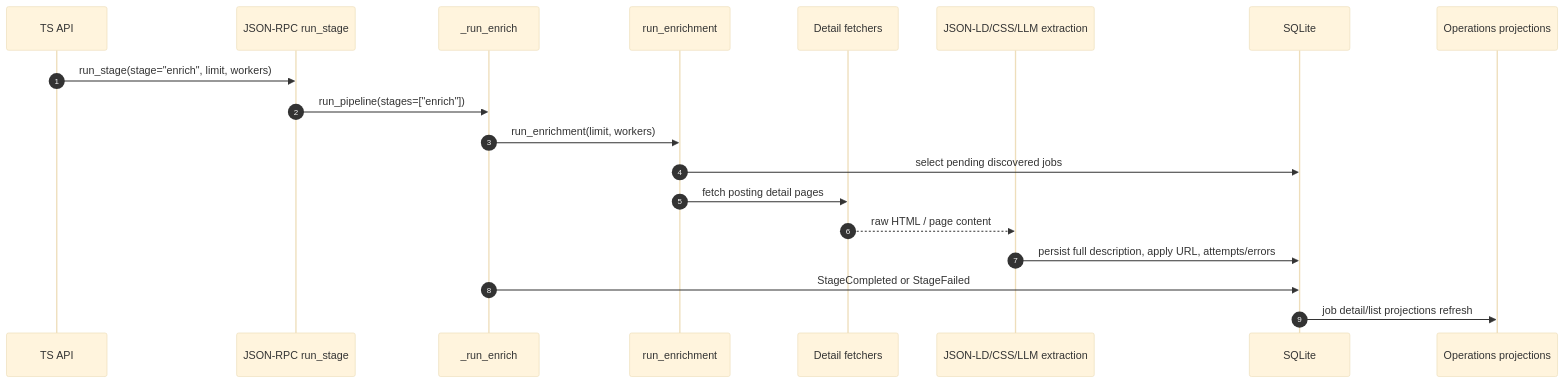
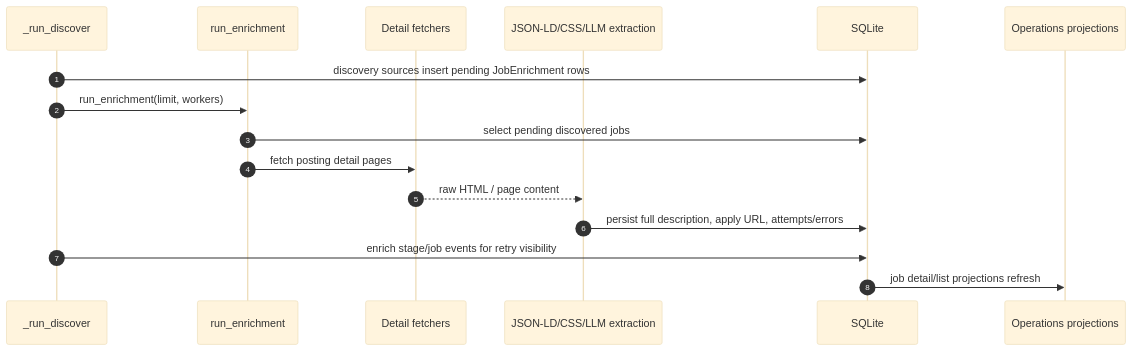
The fifth of 15 diagrams in docs/job-pipeline-architecture.md (ebarti/JobCtrl), drawn with Mermaid (base theme) before and after one commit. The commit also changed other lines of this file and 12 other files, not shown here.

Commit message:
feat: fold enrichment into discovery pipeline

````diff
--- a/docs/job-pipeline-architecture.md
+++ b/docs/job-pipeline-architecture.md
@@ -386,22 +398,19 @@
 ```mermaid
 sequenceDiagram
     autonumber
-    participant Api as TS API
-    participant Rpc as JSON-RPC run_stage
-    participant Runner as _run_enrich
+    participant Runner as _run_discover
     participant Detail as run_enrichment
     participant Fetcher as Detail fetchers
     participant Extractor as JSON-LD/CSS/LLM extraction
     participant DB as SQLite
     participant Ops as Operations projections
 
-    Api->>Rpc: run_stage(stage="enrich", limit, workers)
-    Rpc->>Runner: run_pipeline(stages=["enrich"])
+    Runner->>DB: discovery sources insert pending JobEnrichment rows
     Runner->>Detail: run_enrichment(limit, workers)
     Detail->>DB: select pending discovered jobs
     Detail->>Fetcher: fetch posting detail pages
     Fetcher-->>Extractor: raw HTML / page content
     Extractor->>DB: persist full description, apply URL, attempts/errors
-    Runner->>DB: StageCompleted or StageFailed
+    Runner->>DB: enrich stage/job events for retry visibility
     DB->>Ops: job detail/list projections refresh
 ```
````
